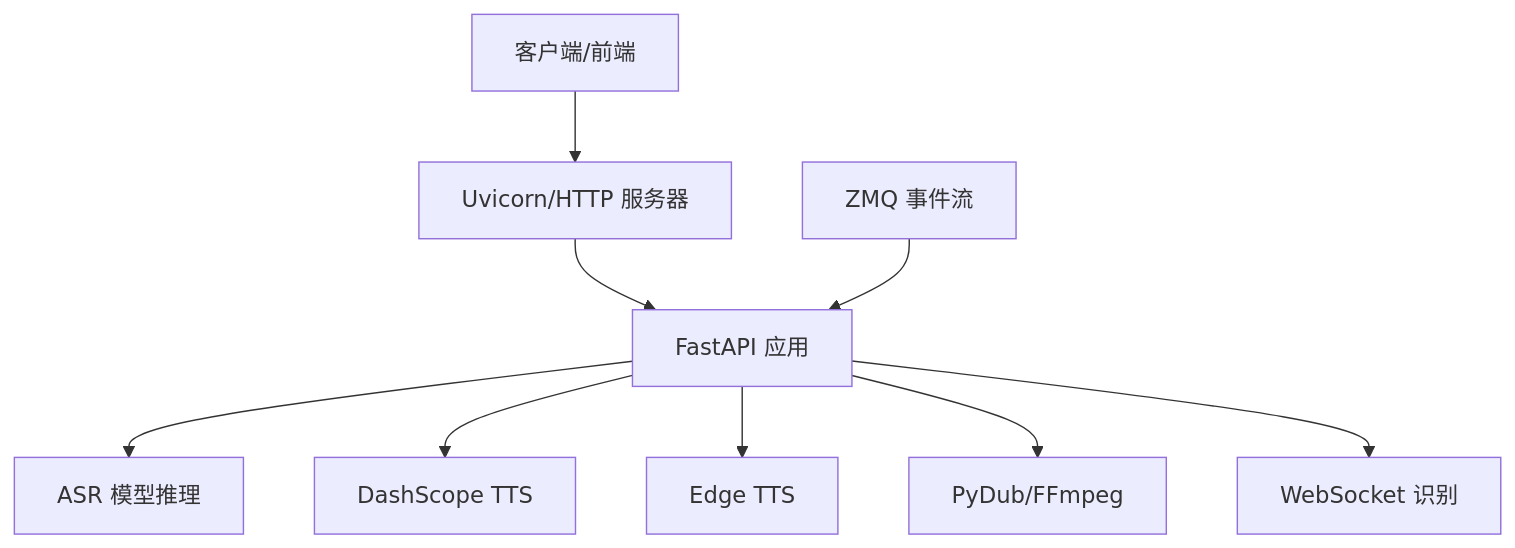
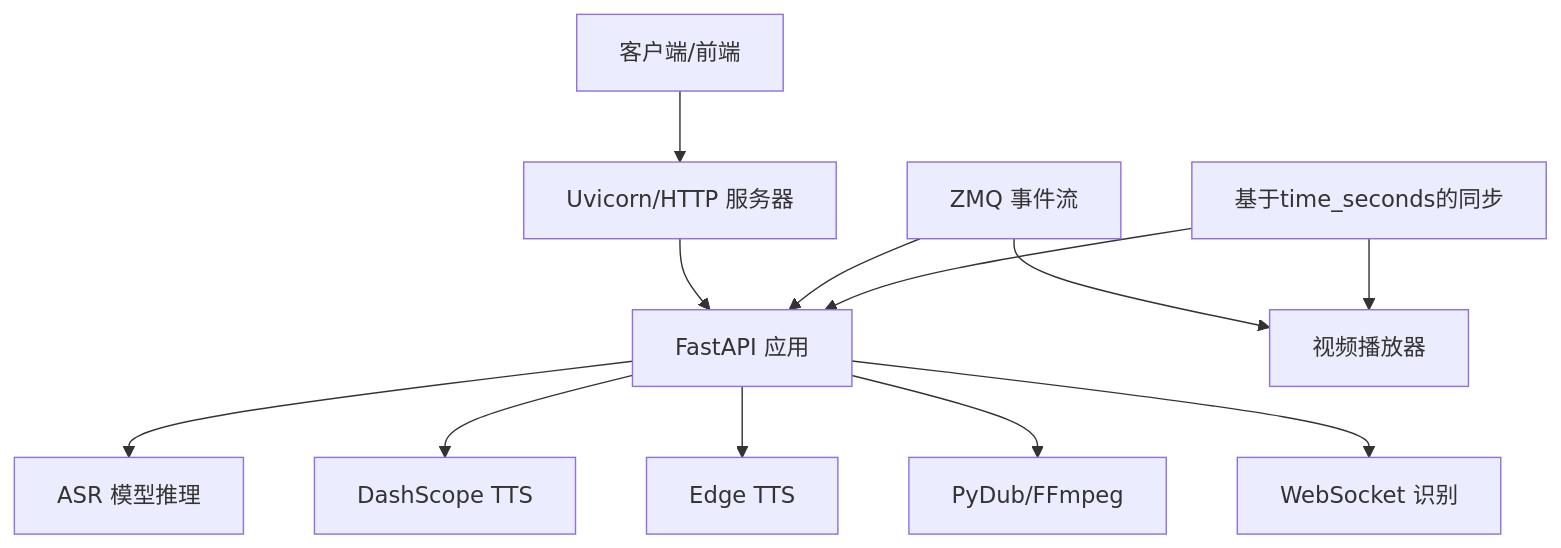
The second of 12 diagrams in .qoder/repowiki/zh/content/部署与运维/监控告警.md (1024dashen/Vue3Speech), drawn with Mermaid before and after one commit. The commit also changed other lines of this file and 9 other files, not shown here.

````diff
--- a/.qoder/repowiki/zh/content/部署与运维/监控告警.md
+++ b/.qoder/repowiki/zh/content/部署与运维/监控告警.md
@@ -104,19 +136,24 @@
 ```mermaid
 graph TB
 C["客户端/前端"]
 U["Uvicorn/HTTP 服务器"]
 F["FastAPI 应用"]
 A["ASR 模型推理"]
 D["DashScope TTS"]
 E["Edge TTS"]
 P["PyDub/FFmpeg"]
 R["WebSocket 识别"]
 Z["ZMQ 事件流"]
+V["视频播放器"]
+S["基于time_seconds的同步"]
 C --> U --> F
 F --> A
 F --> D
 F --> E
 F --> P
 F --> R
 Z --> F
+Z --> V
+S --> V
+S --> F
 ```
````
